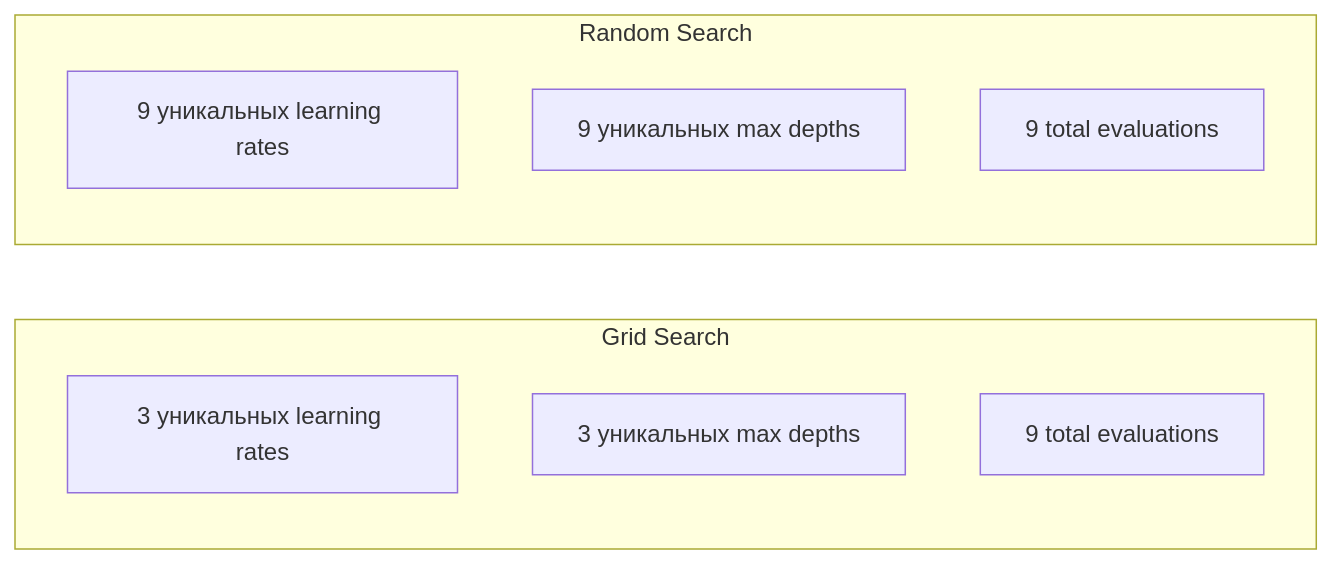
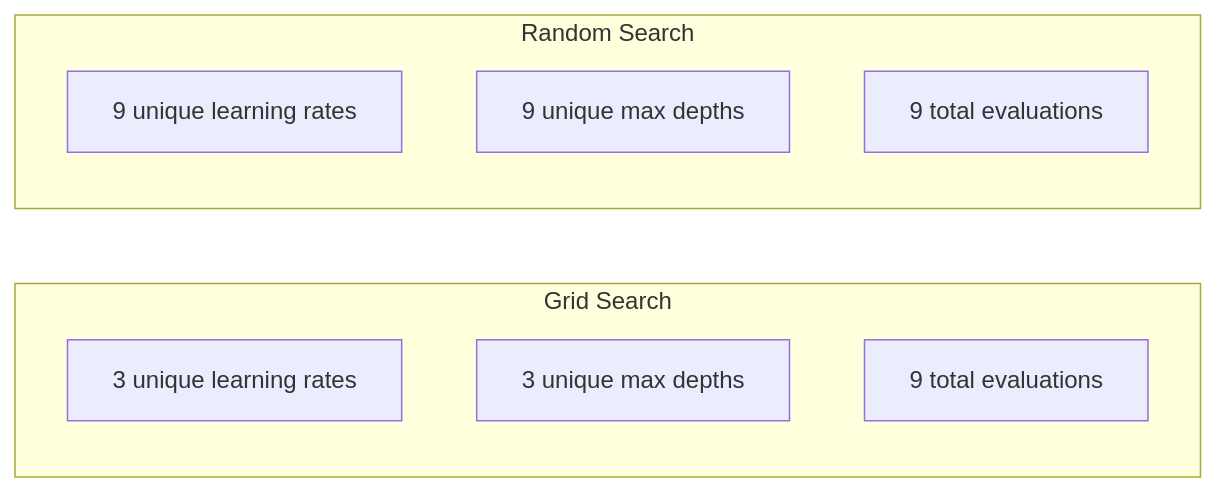
One commit to stabuev/ai-engineering-from-scratch changed the first of 4 diagrams in phases/02-ml-fundamentals/12-hyperparameter-tuning/docs/ru.md. Above: the diagram before and after it, drawn with Mermaid. The commit also changed other lines of this file and 182 other files, not shown here.

````diff
--- a/phases/02-ml-fundamentals/12-hyperparameter-tuning/docs/ru.md
+++ b/phases/02-ml-fundamentals/12-hyperparameter-tuning/docs/ru.md
@@ -61,14 +61,14 @@
 ```mermaid
 flowchart LR
     subgraph Grid Search
-        G1[3 уникальных learning rates]
-        G2[3 уникальных max depths]
+        G1[3 unique learning rates]
+        G2[3 unique max depths]
         G3[9 total evaluations]
     end
 
     subgraph Random Search
-        R1[9 уникальных learning rates]
-        R2[9 уникальных max depths]
+        R1[9 unique learning rates]
+        R2[9 unique max depths]
         R3[9 total evaluations]
     end
 ```
````
